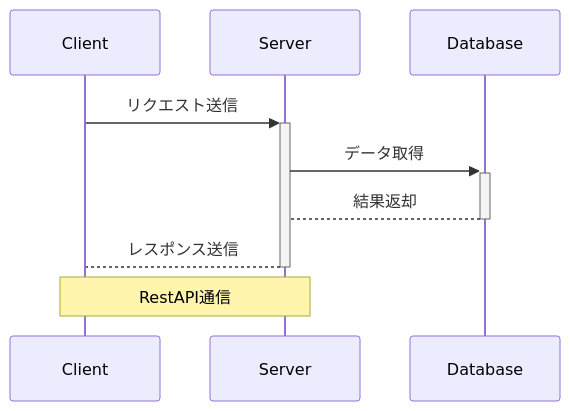
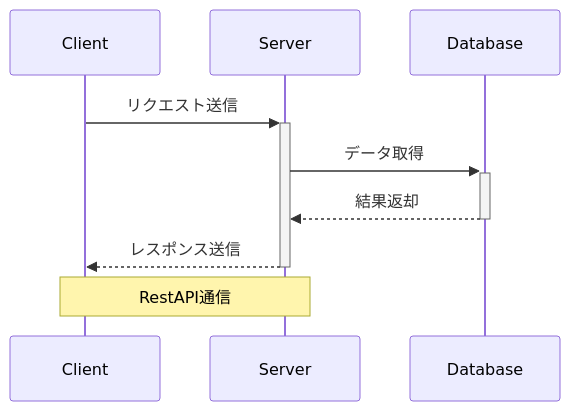
One commit to Wasaby-in-Japan/My-Markdown changed the diagram in test.md. Above: the diagram before and after it, drawn with Mermaid. The commit also changed 2 other files, not shown here.

Commit message:
third commit

````diff
--- a/test.md
+++ b/test.md
@@ -101,12 +101,12 @@
 ```mermaid
 sequenceDiagram
     participant Client
     Participant Server
     Participant Database
 
     Client->>+Server:リクエスト送信
     Server->>+Database:データ取得
-    Database-->-Server:結果返却
-    Server-->-Client:レスポンス送信
+    Database-->>-Server:結果返却
+    Server-->>-Client:レスポンス送信
     Note over Client,Server:RestAPI通信
 ```
````
